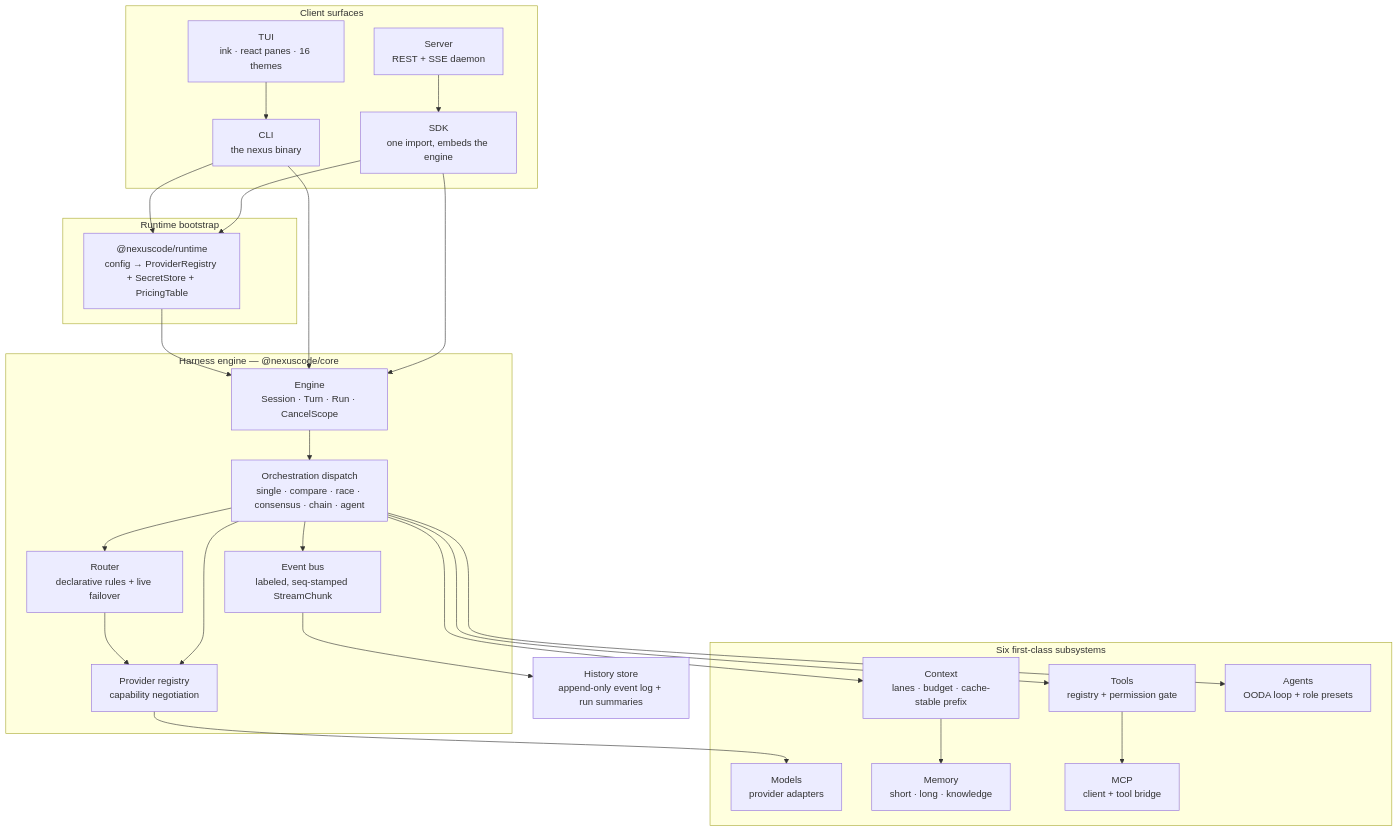
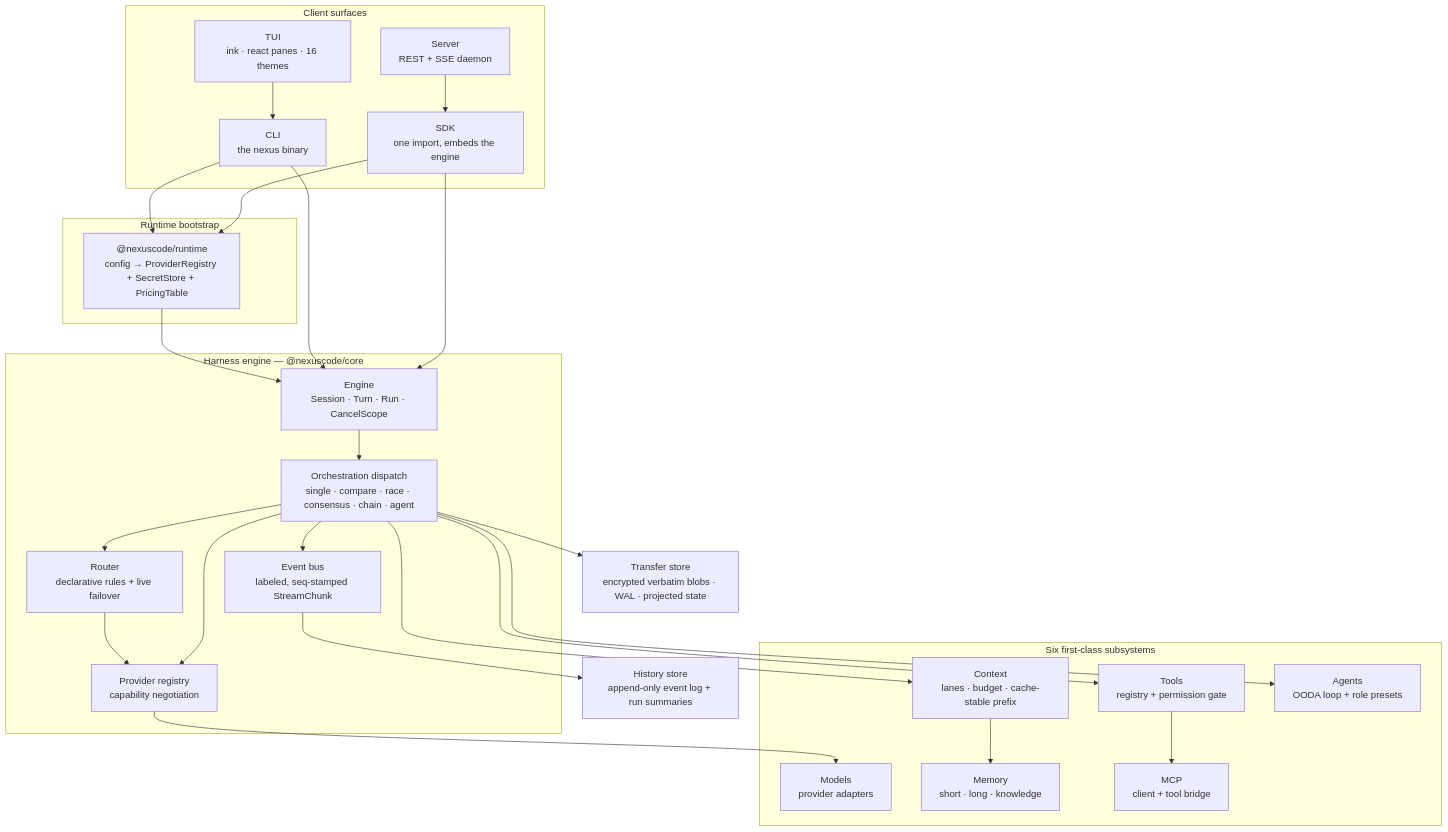
Before and after one commit to Adhithya-Karthikeyan/NexusCode: the first of 7 diagrams in docs/ARCHITECTURE.md, drawn with Mermaid. The commit also changed other lines of this file and 113 other files, not shown here.

````diff
--- a/docs/ARCHITECTURE.md
+++ b/docs/ARCHITECTURE.md
@@ -30,54 +30,56 @@
 ```mermaid
 graph TB
     subgraph clients["Client surfaces"]
         TUI["TUI<br/>ink · react panes · 16 themes"]
         CLI["CLI<br/>the nexus binary"]
         SDK["SDK<br/>one import, embeds the engine"]
         SRV["Server<br/>REST + SSE daemon"]
     end
 
     subgraph boot["Runtime bootstrap"]
         RT["@nexuscode/runtime<br/>config → ProviderRegistry + SecretStore + PricingTable"]
     end
 
     subgraph kernel["Harness engine — @nexuscode/core"]
         ENG["Engine<br/>Session · Turn · Run · CancelScope"]
         DISP["Orchestration dispatch<br/>single · compare · race · consensus · chain · agent"]
         ROUTER["Router<br/>declarative rules + live failover"]
         BUS["Event bus<br/>labeled, seq-stamped StreamChunk"]
         REG["Provider registry<br/>capability negotiation"]
     end
 
     subgraph subs["Six first-class subsystems"]
         MODELS["Models<br/>provider adapters"]
         TOOLS["Tools<br/>registry + permission gate"]
         MEM["Memory<br/>short · long · knowledge"]
         CTX["Context<br/>lanes · budget · cache-stable prefix"]
         AGENTS["Agents<br/>OODA loop + role presets"]
         MCP["MCP<br/>client + tool bridge"]
     end
 
     STORE["History store<br/>append-only event log + run summaries"]
+    XFER["Transfer store<br/>encrypted verbatim blobs · WAL · projected state"]
 
     TUI --> CLI
     CLI --> RT
     SDK --> RT
     SRV --> SDK
     RT --> ENG
     CLI --> ENG
     SDK --> ENG
 
     ENG --> DISP
     DISP --> ROUTER
     DISP --> BUS
     ROUTER --> REG
     DISP --> REG
 
     REG --> MODELS
     DISP --> TOOLS
     DISP --> CTX
     DISP --> AGENTS
     TOOLS --> MCP
     CTX --> MEM
     BUS --> STORE
+    DISP --> XFER
 ```
````
